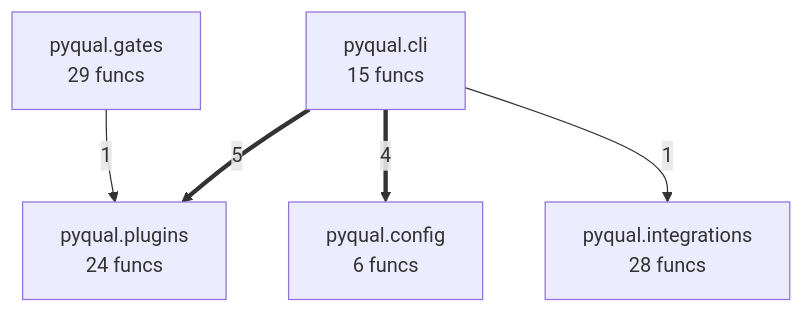
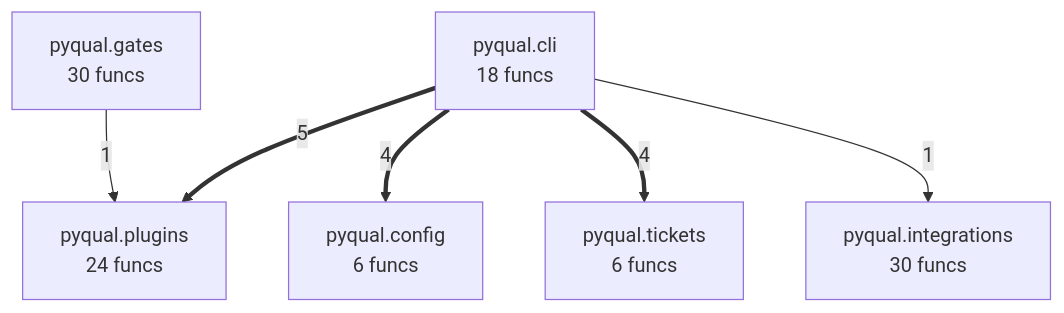
One commit to semcod/pyqual changed the diagram in project/compact_flow.mmd. Above: the diagram before and after it, drawn with Mermaid. The commit also changed 51 other files, not shown here.

```diff
--- a/project/compact_flow.mmd
+++ b/project/compact_flow.mmd
@@ -1,10 +1,12 @@
 flowchart TD
-    pyqual__cli["pyqual.cli<br/>15 funcs"]
+    pyqual__cli["pyqual.cli<br/>18 funcs"]
     pyqual__config["pyqual.config<br/>6 funcs"]
-    pyqual__gates["pyqual.gates<br/>29 funcs"]
-    pyqual__integrations["pyqual.integrations<br/>28 funcs"]
+    pyqual__gates["pyqual.gates<br/>30 funcs"]
+    pyqual__integrations["pyqual.integrations<br/>30 funcs"]
     pyqual__plugins["pyqual.plugins<br/>24 funcs"]
+    pyqual__tickets["pyqual.tickets<br/>6 funcs"]
     pyqual__cli ==>|5| pyqual__plugins
     pyqual__cli ==>|4| pyqual__config
+    pyqual__cli ==>|4| pyqual__tickets
     pyqual__cli -->|1| pyqual__integrations
     pyqual__gates -->|1| pyqual__plugins
```
